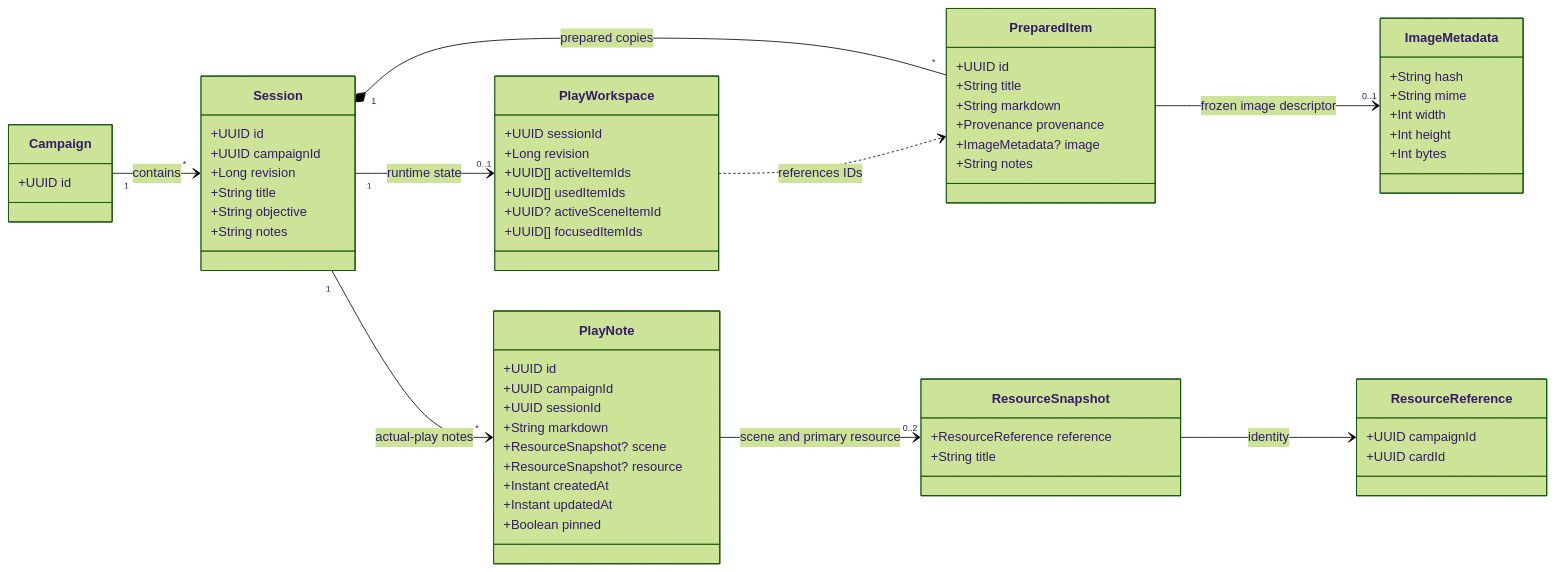
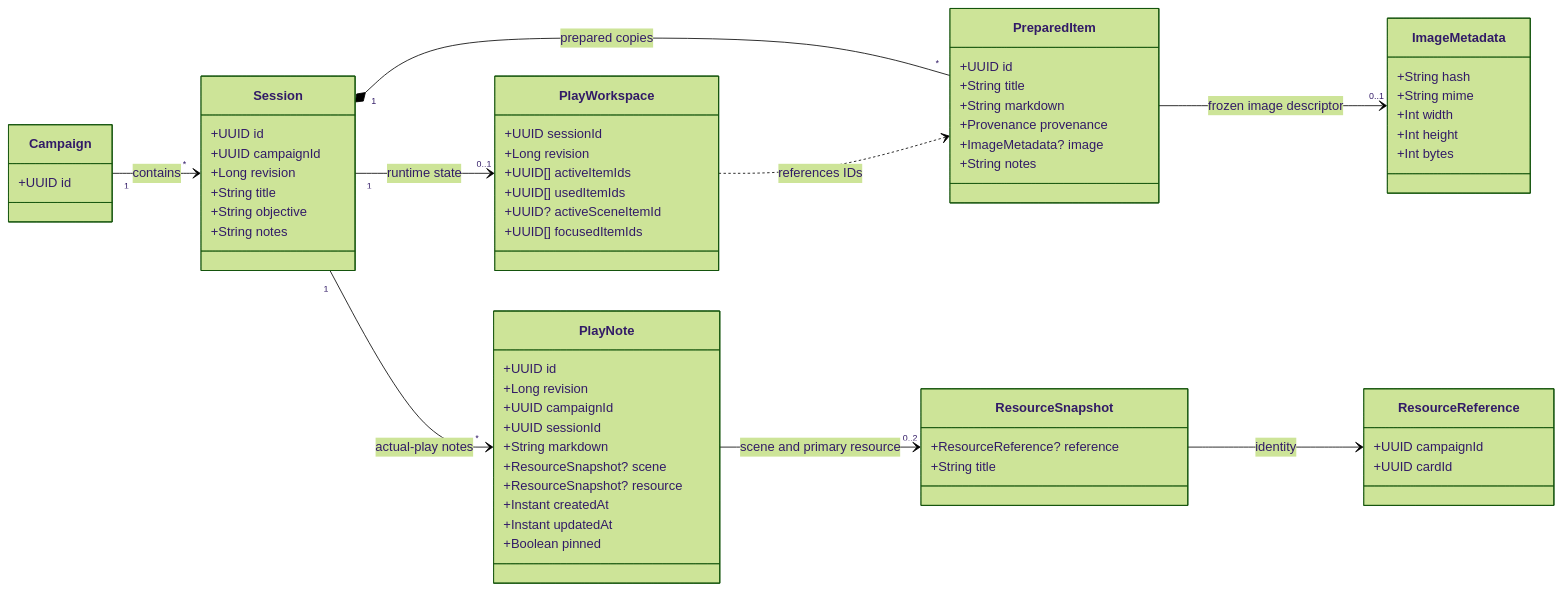
The second of 5 diagrams in docs/playthrough-domain-architecture.md (oldzkoolgamerz2901/campaign-workbench), drawn with Mermaid (forest theme) before and after one commit. The commit also changed other lines of this file and 34 other files, not shown here.

````diff
--- a/docs/playthrough-domain-architecture.md
+++ b/docs/playthrough-domain-architecture.md
@@ -24,65 +26,66 @@
 ```mermaid
 classDiagram
     direction LR
     class Campaign {
         +UUID id
     }
     class Session {
         +UUID id
         +UUID campaignId
         +Long revision
         +String title
         +String objective
         +String notes
     }
     class PreparedItem {
         +UUID id
         +String title
         +String markdown
         +Provenance provenance
         +ImageMetadata? image
         +String notes
     }
     class PlayWorkspace {
         +UUID sessionId
         +Long revision
         +UUID[] activeItemIds
         +UUID[] usedItemIds
         +UUID? activeSceneItemId
         +UUID[] focusedItemIds
     }
     class PlayNote {
         +UUID id
+        +Long revision
         +UUID campaignId
         +UUID sessionId
         +String markdown
         +ResourceSnapshot? scene
         +ResourceSnapshot? resource
         +Instant createdAt
         +Instant updatedAt
         +Boolean pinned
     }
     class ResourceSnapshot {
-        +ResourceReference reference
+        +ResourceReference? reference
         +String title
     }
     class ResourceReference {
         +UUID campaignId
         +UUID cardId
     }
     class ImageMetadata {
         +String hash
         +String mime
         +Int width
         +Int height
         +Int bytes
     }
     Campaign "1" --> "*" Session : contains
     Session "1" *-- "*" PreparedItem : prepared copies
     Session "1" --> "0..1" PlayWorkspace : runtime state
     Session "1" --> "*" PlayNote : actual-play notes
     PreparedItem --> "0..1" ImageMetadata : frozen image descriptor
     PlayWorkspace ..> PreparedItem : references IDs
     PlayNote --> "0..2" ResourceSnapshot : scene and primary resource
     ResourceSnapshot --> ResourceReference : identity
 ```
````
